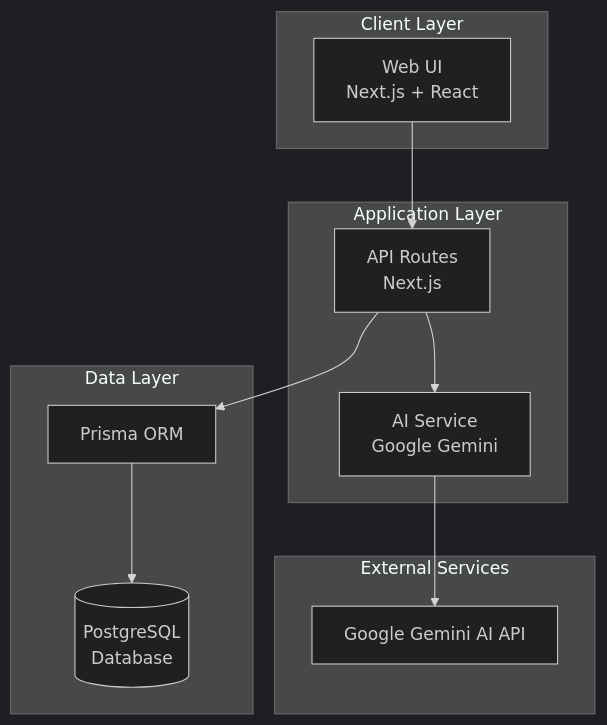
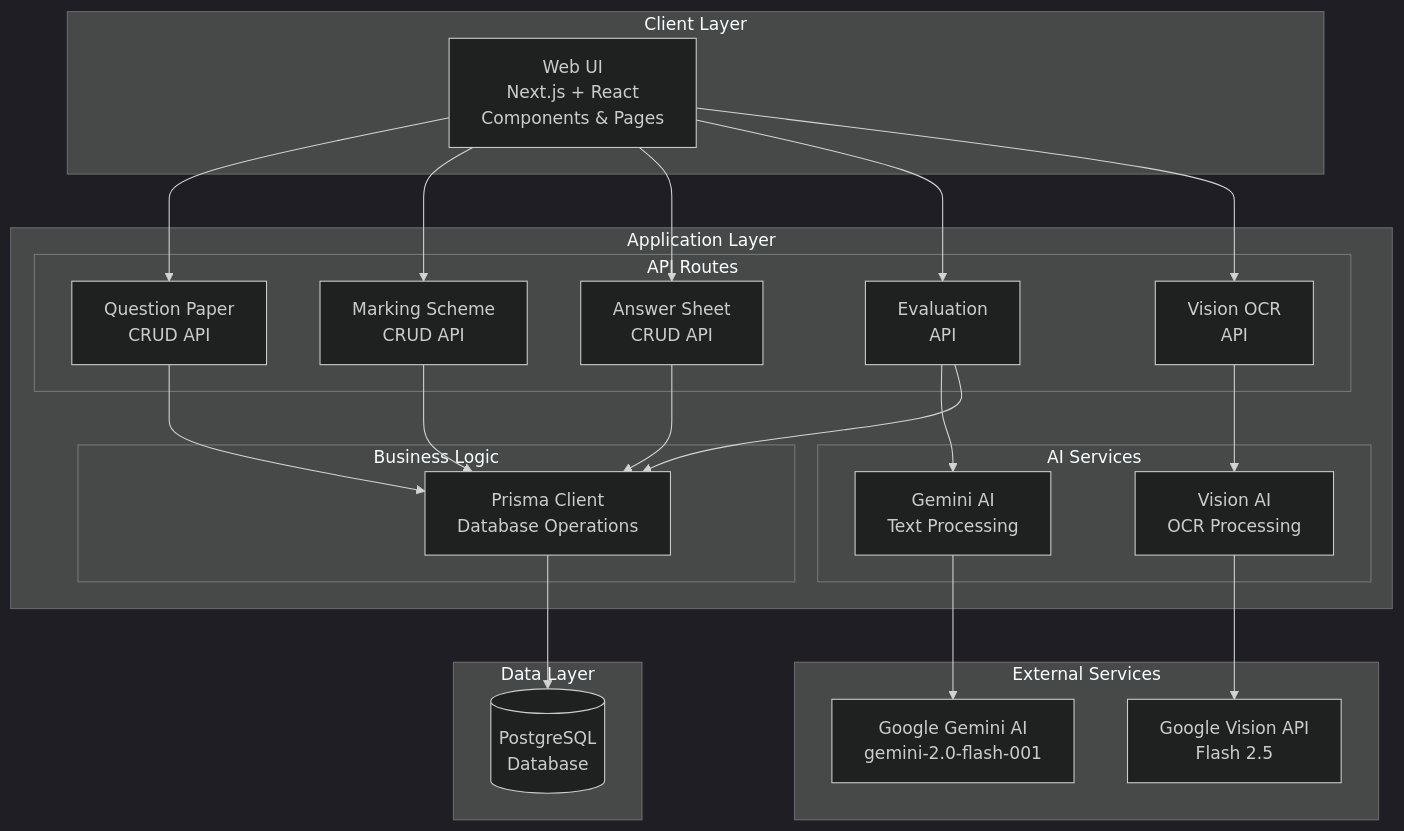
One commit to Maus-313/Automated_Answer_Sheet_Evaluation_System changed the diagram in docs/architecture.md. Above: the diagram before and after it, drawn with Mermaid (dark theme). The commit also changed other lines of this file, not shown here.

````diff
--- a/docs/architecture.md
+++ b/docs/architecture.md
@@ -38,27 +38,52 @@
 ```mermaid
 graph TB
     subgraph "Client Layer"
-        UI[Web UI<br/>Next.js + React]
+        UI[Web UI<br/>Next.js + React<br/>Components & Pages]
     end
 
     subgraph "Application Layer"
-        API[API Routes<br/>Next.js]
-        AI[AI Service<br/>Google Gemini]
+        subgraph "API Routes"
+            QP[Question Paper<br/>CRUD API]
+            MS[Marking Scheme<br/>CRUD API]
+            AS[Answer Sheet<br/>CRUD API]
+            EVAL[Evaluation<br/>API]
+            OCR[Vision OCR<br/>API]
+        end
+
+        subgraph "AI Services"
+            GEMINI[Gemini AI<br/>Text Processing]
+            VISION[Vision AI<br/>OCR Processing]
+        end
+
+        subgraph "Business Logic"
+            PRISMA[Prisma Client<br/>Database Operations]
+        end
     end
 
     subgraph "Data Layer"
         DB[(PostgreSQL<br/>Database)]
-        Prisma[Prisma ORM]
     end
 
-    UI --> API
-    API --> AI
-    API --> Prisma
-    Prisma --> DB
+    UI --> QP
+    UI --> MS
+    UI --> AS
+    UI --> EVAL
+    UI --> OCR
+
+    QP --> PRISMA
+    MS --> PRISMA
+    AS --> PRISMA
+    EVAL --> GEMINI
+    EVAL --> PRISMA
+    OCR --> VISION
+
+    PRISMA --> DB
 
     subgraph "External Services"
-        Gemini[Google Gemini AI API]
+        GeminiAPI[Google Gemini AI<br/>gemini-2.0-flash-001]
+        VisionAPI[Google Vision API<br/>Flash 2.5]
     end
 
-    AI --> Gemini
+    GEMINI --> GeminiAPI
+    VISION --> VisionAPI
 ```
````
